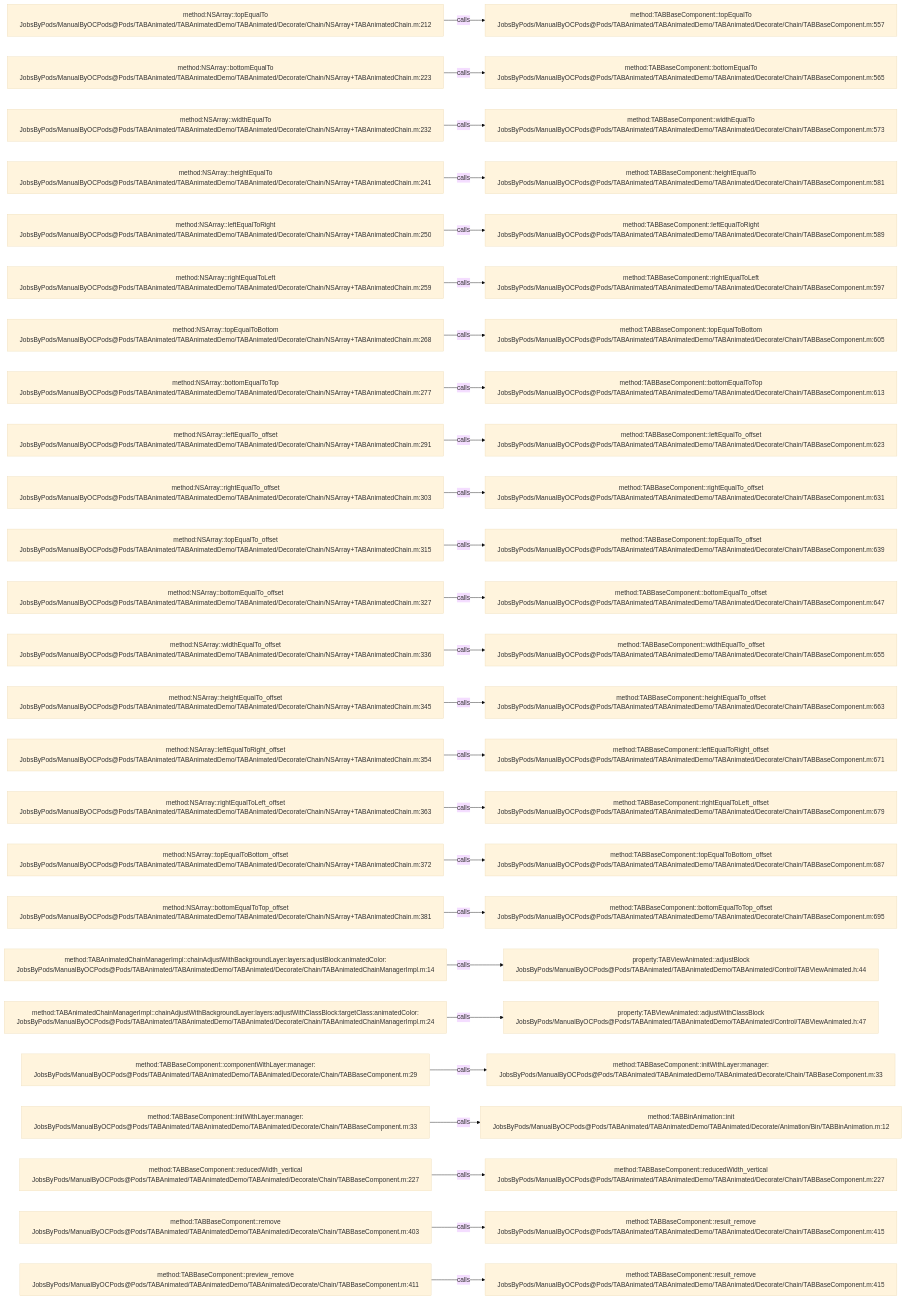
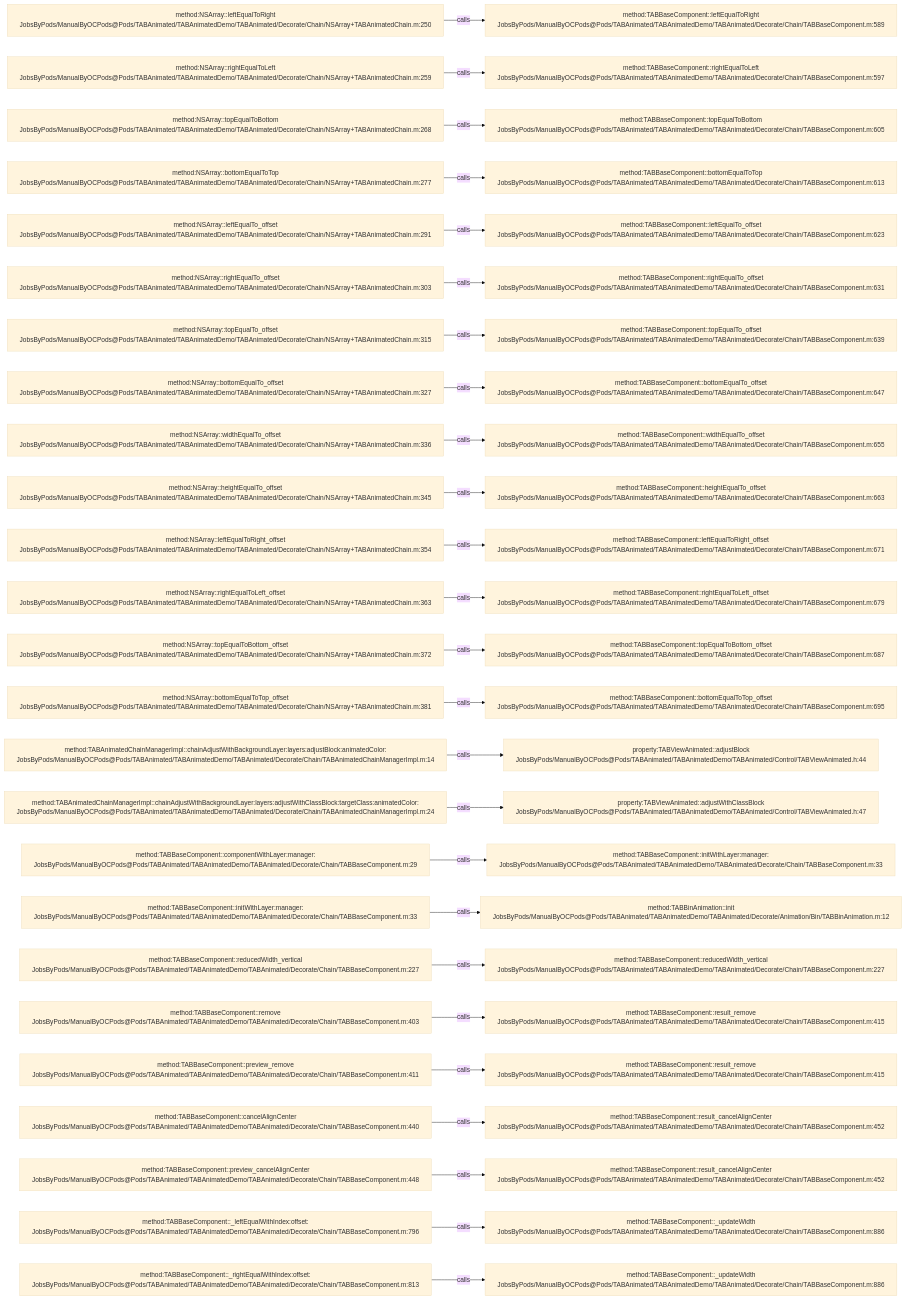
One commit to JobsKits/JobsOCBaseConfigDemo changed the diagram in .codegraph/codegraph.md/graphs/calls-029.md. Above: the diagram before and after it, drawn with Mermaid (base theme). The commit also changed 727 other files, not shown here.

````diff
--- a/.codegraph/codegraph.md/graphs/calls-029.md
+++ b/.codegraph/codegraph.md/graphs/calls-029.md
@@ -13,78 +13,78 @@
 ```mermaid
 flowchart LR
-  S1["method:NSArray::topEqualTo<br/>JobsByPods/ManualByOCPods@Pods/TABAnimated/TABAnimatedDemo/TABAnimated/Decorate/Chain/NSArray+TABAnimatedChain.m:212"]
-  T1["method:TABBaseComponent::topEqualTo<br/>JobsByPods/ManualByOCPods@Pods/TABAnimated/TABAnimatedDemo/TABAnimated/Decorate/Chain/TABBaseComponent.m:557"]
+  S1["method:NSArray::leftEqualToRight<br/>JobsByPods/ManualByOCPods@Pods/TABAnimated/TABAnimatedDemo/TABAnimated/Decorate/Chain/NSArray+TABAnimatedChain.m:250"]
+  T1["method:TABBaseComponent::leftEqualToRight<br/>JobsByPods/ManualByOCPods@Pods/TABAnimated/TABAnimatedDemo/TABAnimated/Decorate/Chain/TABBaseComponent.m:589"]
   S1 -->|calls| T1
-  S2["method:NSArray::bottomEqualTo<br/>JobsByPods/ManualByOCPods@Pods/TABAnimated/TABAnimatedDemo/TABAnimated/Decorate/Chain/NSArray+TABAnimatedChain.m:223"]
-  T2["method:TABBaseComponent::bottomEqualTo<br/>JobsByPods/ManualByOCPods@Pods/TABAnimated/TABAnimatedDemo/TABAnimated/Decorate/Chain/TABBaseComponent.m:565"]
+  S2["method:NSArray::rightEqualToLeft<br/>JobsByPods/ManualByOCPods@Pods/TABAnimated/TABAnimatedDemo/TABAnimated/Decorate/Chain/NSArray+TABAnimatedChain.m:259"]
+  T2["method:TABBaseComponent::rightEqualToLeft<br/>JobsByPods/ManualByOCPods@Pods/TABAnimated/TABAnimatedDemo/TABAnimated/Decorate/Chain/TABBaseComponent.m:597"]
   S2 -->|calls| T2
-  S3["method:NSArray::widthEqualTo<br/>JobsByPods/ManualByOCPods@Pods/TABAnimated/TABAnimatedDemo/TABAnimated/Decorate/Chain/NSArray+TABAnimatedChain.m:232"]
-  T3["method:TABBaseComponent::widthEqualTo<br/>JobsByPods/ManualByOCPods@Pods/TABAnimated/TABAnimatedDemo/TABAnimated/Decorate/Chain/TABBaseComponent.m:573"]
+  S3["method:NSArray::topEqualToBottom<br/>JobsByPods/ManualByOCPods@Pods/TABAnimated/TABAnimatedDemo/TABAnimated/Decorate/Chain/NSArray+TABAnimatedChain.m:268"]
+  T3["method:TABBaseComponent::topEqualToBottom<br/>JobsByPods/ManualByOCPods@Pods/TABAnimated/TABAnimatedDemo/TABAnimated/Decorate/Chain/TABBaseComponent.m:605"]
   S3 -->|calls| T3
-  S4["method:NSArray::heightEqualTo<br/>JobsByPods/ManualByOCPods@Pods/TABAnimated/TABAnimatedDemo/TABAnimated/Decorate/Chain/NSArray+TABAnimatedChain.m:241"]
-  T4["method:TABBaseComponent::heightEqualTo<br/>JobsByPods/ManualByOCPods@Pods/TABAnimated/TABAnimatedDemo/TABAnimated/Decorate/Chain/TABBaseComponent.m:581"]
+  S4["method:NSArray::bottomEqualToTop<br/>JobsByPods/ManualByOCPods@Pods/TABAnimated/TABAnimatedDemo/TABAnimated/Decorate/Chain/NSArray+TABAnimatedChain.m:277"]
+  T4["method:TABBaseComponent::bottomEqualToTop<br/>JobsByPods/ManualByOCPods@Pods/TABAnimated/TABAnimatedDemo/TABAnimated/Decorate/Chain/TABBaseComponent.m:613"]
   S4 -->|calls| T4
-  S5["method:NSArray::leftEqualToRight<br/>JobsByPods/ManualByOCPods@Pods/TABAnimated/TABAnimatedDemo/TABAnimated/Decorate/Chain/NSArray+TABAnimatedChain.m:250"]
-  T5["method:TABBaseComponent::leftEqualToRight<br/>JobsByPods/ManualByOCPods@Pods/TABAnimated/TABAnimatedDemo/TABAnimated/Decorate/Chain/TABBaseComponent.m:589"]
+  S5["method:NSArray::leftEqualTo_offset<br/>JobsByPods/ManualByOCPods@Pods/TABAnimated/TABAnimatedDemo/TABAnimated/Decorate/Chain/NSArray+TABAnimatedChain.m:291"]
+  T5["method:TABBaseComponent::leftEqualTo_offset<br/>JobsByPods/ManualByOCPods@Pods/TABAnimated/TABAnimatedDemo/TABAnimated/Decorate/Chain/TABBaseComponent.m:623"]
   S5 -->|calls| T5
-  S6["method:NSArray::rightEqualToLeft<br/>JobsByPods/ManualByOCPods@Pods/TABAnimated/TABAnimatedDemo/TABAnimated/Decorate/Chain/NSArray+TABAnimatedChain.m:259"]
-  T6["method:TABBaseComponent::rightEqualToLeft<br/>JobsByPods/ManualByOCPods@Pods/TABAnimated/TABAnimatedDemo/TABAnimated/Decorate/Chain/TABBaseComponent.m:597"]
+  S6["method:NSArray::rightEqualTo_offset<br/>JobsByPods/ManualByOCPods@Pods/TABAnimated/TABAnimatedDemo/TABAnimated/Decorate/Chain/NSArray+TABAnimatedChain.m:303"]
+  T6["method:TABBaseComponent::rightEqualTo_offset<br/>JobsByPods/ManualByOCPods@Pods/TABAnimated/TABAnimatedDemo/TABAnimated/Decorate/Chain/TABBaseComponent.m:631"]
   S6 -->|calls| T6
-  S7["method:NSArray::topEqualToBottom<br/>JobsByPods/ManualByOCPods@Pods/TABAnimated/TABAnimatedDemo/TABAnimated/Decorate/Chain/NSArray+TABAnimatedChain.m:268"]
-  T7["method:TABBaseComponent::topEqualToBottom<br/>JobsByPods/ManualByOCPods@Pods/TABAnimated/TABAnimatedDemo/TABAnimated/Decorate/Chain/TABBaseComponent.m:605"]
+  S7["method:NSArray::topEqualTo_offset<br/>JobsByPods/ManualByOCPods@Pods/TABAnimated/TABAnimatedDemo/TABAnimated/Decorate/Chain/NSArray+TABAnimatedChain.m:315"]
+  T7["method:TABBaseComponent::topEqualTo_offset<br/>JobsByPods/ManualByOCPods@Pods/TABAnimated/TABAnimatedDemo/TABAnimated/Decorate/Chain/TABBaseComponent.m:639"]
   S7 -->|calls| T7
-  S8["method:NSArray::bottomEqualToTop<br/>JobsByPods/ManualByOCPods@Pods/TABAnimated/TABAnimatedDemo/TABAnimated/Decorate/Chain/NSArray+TABAnimatedChain.m:277"]
-  T8["method:TABBaseComponent::bottomEqualToTop<br/>JobsByPods/ManualByOCPods@Pods/TABAnimated/TABAnimatedDemo/TABAnimated/Decorate/Chain/TABBaseComponent.m:613"]
+  S8["method:NSArray::bottomEqualTo_offset<br/>JobsByPods/ManualByOCPods@Pods/TABAnimated/TABAnimatedDemo/TABAnimated/Decorate/Chain/NSArray+TABAnimatedChain.m:327"]
+  T8["method:TABBaseComponent::bottomEqualTo_offset<br/>JobsByPods/ManualByOCPods@Pods/TABAnimated/TABAnimatedDemo/TABAnimated/Decorate/Chain/TABBaseComponent.m:647"]
   S8 -->|calls| T8
-  S9["method:NSArray::leftEqualTo_offset<br/>JobsByPods/ManualByOCPods@Pods/TABAnimated/TABAnimatedDemo/TABAnimated/Decorate/Chain/NSArray+TABAnimatedChain.m:291"]
-  T9["method:TABBaseComponent::leftEqualTo_offset<br/>JobsByPods/ManualByOCPods@Pods/TABAnimated/TABAnimatedDemo/TABAnimated/Decorate/Chain/TABBaseComponent.m:623"]
+  S9["method:NSArray::widthEqualTo_offset<br/>JobsByPods/ManualByOCPods@Pods/TABAnimated/TABAnimatedDemo/TABAnimated/Decorate/Chain/NSArray+TABAnimatedChain.m:336"]
+  T9["method:TABBaseComponent::widthEqualTo_offset<br/>JobsByPods/ManualByOCPods@Pods/TABAnimated/TABAnimatedDemo/TABAnimated/Decorate/Chain/TABBaseComponent.m:655"]
   S9 -->|calls| T9
-  S10["method:NSArray::rightEqualTo_offset<br/>JobsByPods/ManualByOCPods@Pods/TABAnimated/TABAnimatedDemo/TABAnimated/Decorate/Chain/NSArray+TABAnimatedChain.m:303"]
-  T10["method:TABBaseComponent::rightEqualTo_offset<br/>JobsByPods/ManualByOCPods@Pods/TABAnimated/TABAnimatedDemo/TABAnimated/Decorate/Chain/TABBaseComponent.m:631"]
+  S10["method:NSArray::heightEqualTo_offset<br/>JobsByPods/ManualByOCPods@Pods/TABAnimated/TABAnimatedDemo/TABAnimated/Decorate/Chain/NSArray+TABAnimatedChain.m:345"]
+  T10["method:TABBaseComponent::heightEqualTo_offset<br/>JobsByPods/ManualByOCPods@Pods/TABAnimated/TABAnimatedDemo/TABAnimated/Decorate/Chain/TABBaseComponent.m:663"]
   S10 -->|calls| T10
-  S11["method:NSArray::topEqualTo_offset<br/>JobsByPods/ManualByOCPods@Pods/TABAnimated/TABAnimatedDemo/TABAnimated/Decorate/Chain/NSArray+TABAnimatedChain.m:315"]
-  T11["method:TABBaseComponent::topEqualTo_offset<br/>JobsByPods/ManualByOCPods@Pods/TABAnimated/TABAnimatedDemo/TABAnimated/Decorate/Chain/TABBaseComponent.m:639"]
+  S11["method:NSArray::leftEqualToRight_offset<br/>JobsByPods/ManualByOCPods@Pods/TABAnimated/TABAnimatedDemo/TABAnimated/Decorate/Chain/NSArray+TABAnimatedChain.m:354"]
+  T11["method:TABBaseComponent::leftEqualToRight_offset<br/>JobsByPods/ManualByOCPods@Pods/TABAnimated/TABAnimatedDemo/TABAnimated/Decorate/Chain/TABBaseComponent.m:671"]
   S11 -->|calls| T11
-  S12["method:NSArray::bottomEqualTo_offset<br/>JobsByPods/ManualByOCPods@Pods/TABAnimated/TABAnimatedDemo/TABAnimated/Decorate/Chain/NSArray+TABAnimatedChain.m:327"]
-  T12["method:TABBaseComponent::bottomEqualTo_offset<br/>JobsByPods/ManualByOCPods@Pods/TABAnimated/TABAnimatedDemo/TABAnimated/Decorate/Chain/TABBaseComponent.m:647"]
+  S12["method:NSArray::rightEqualToLeft_offset<br/>JobsByPods/ManualByOCPods@Pods/TABAnimated/TABAnimatedDemo/TABAnimated/Decorate/Chain/NSArray+TABAnimatedChain.m:363"]
+  T12["method:TABBaseComponent::rightEqualToLeft_offset<br/>JobsByPods/ManualByOCPods@Pods/TABAnimated/TABAnimatedDemo/TABAnimated/Decorate/Chain/TABBaseComponent.m:679"]
   S12 -->|calls| T12
-  S13["method:NSArray::widthEqualTo_offset<br/>JobsByPods/ManualByOCPods@Pods/TABAnimated/TABAnimatedDemo/TABAnimated/Decorate/Chain/NSArray+TABAnimatedChain.m:336"]
-  T13["method:TABBaseComponent::widthEqualTo_offset<br/>JobsByPods/ManualByOCPods@Pods/TABAnimated/TABAnimatedDemo/TABAnimated/Decorate/Chain/TABBaseComponent.m:655"]
+  S13["method:NSArray::topEqualToBottom_offset<br/>JobsByPods/ManualByOCPods@Pods/TABAnimated/TABAnimatedDemo/TABAnimated/Decorate/Chain/NSArray+TABAnimatedChain.m:372"]
+  T13["method:TABBaseComponent::topEqualToBottom_offset<br/>JobsByPods/ManualByOCPods@Pods/TABAnimated/TABAnimatedDemo/TABAnimated/Decorate/Chain/TABBaseComponent.m:687"]
   S13 -->|calls| T13
-  S14["method:NSArray::heightEqualTo_offset<br/>JobsByPods/ManualByOCPods@Pods/TABAnimated/TABAnimatedDemo/TABAnimated/Decorate/Chain/NSArray+TABAnimatedChain.m:345"]
-  T14["method:TABBaseComponent::heightEqualTo_offset<br/>JobsByPods/ManualByOCPods@Pods/TABAnimated/TABAnimatedDemo/TABAnimated/Decorate/Chain/TABBaseComponent.m:663"]
+  S14["method:NSArray::bottomEqualToTop_offset<br/>JobsByPods/ManualByOCPods@Pods/TABAnimated/TABAnimatedDemo/TABAnimated/Decorate/Chain/NSArray+TABAnimatedChain.m:381"]
+  T14["method:TABBaseComponent::bottomEqualToTop_offset<br/>JobsByPods/ManualByOCPods@Pods/TABAnimated/TABAnimatedDemo/TABAnimated/Decorate/Chain/TABBaseComponent.m:695"]
   S14 -->|calls| T14
-  S15["method:NSArray::leftEqualToRight_offset<br/>JobsByPods/ManualByOCPods@Pods/TABAnimated/TABAnimatedDemo/TABAnimated/Decorate/Chain/NSArray+TABAnimatedChain.m:354"]
-  T15["method:TABBaseComponent::leftEqualToRight_offset<br/>JobsByPods/ManualByOCPods@Pods/TABAnimated/TABAnimatedDemo/TABAnimated/Decorate/Chain/TABBaseComponent.m:671"]
+  S15["method:TABAnimatedChainManagerImpl::chainAdjustWithBackgroundLayer:layers:adjustBlock:animatedColor:<br/>JobsByPods/ManualByOCPods@Pods/TABAnimated/TABAnimatedDemo/TABAnimated/Decorate/Chain/TABAnimatedChainManagerImpl.m:14"]
+  T15["property:TABViewAnimated::adjustBlock<br/>JobsByPods/ManualByOCPods@Pods/TABAnimated/TABAnimatedDemo/TABAnimated/Control/TABViewAnimated.h:44"]
   S15 -->|calls| T15
-  S16["method:NSArray::rightEqualToLeft_offset<br/>JobsByPods/ManualByOCPods@Pods/TABAnimated/TABAnimatedDemo/TABAnimated/Decorate/Chain/NSArray+TABAnimatedChain.m:363"]
-  T16["method:TABBaseComponent::rightEqualToLeft_offset<br/>JobsByPods/ManualByOCPods@Pods/TABAnimated/TABAnimatedDemo/TABAnimated/Decorate/Chain/TABBaseComponent.m:679"]
+  S16["method:TABAnimatedChainManagerImpl::chainAdjustWithBackgroundLayer:layers:adjustWithClassBlock:targetClass:animatedColor:<br/>JobsByPods/ManualByOCPods@Pods/TABAnimated/TABAnimatedDemo/TABAnimated/Decorate/Chain/TABAnimatedChainManagerImpl.m:24"]
+  T16["property:TABViewAnimated::adjustWithClassBlock<br/>JobsByPods/ManualByOCPods@Pods/TABAnimated/TABAnimatedDemo/TABAnimated/Control/TABViewAnimated.h:47"]
   S16 -->|calls| T16
-  S17["method:NSArray::topEqualToBottom_offset<br/>JobsByPods/ManualByOCPods@Pods/TABAnimated/TABAnimatedDemo/TABAnimated/Decorate/Chain/NSArray+TABAnimatedChain.m:372"]
-  T17["method:TABBaseComponent::topEqualToBottom_offset<br/>JobsByPods/ManualByOCPods@Pods/TABAnimated/TABAnimatedDemo/TABAnimated/Decorate/Chain/TABBaseComponent.m:687"]
+  S17["method:TABBaseComponent::componentWithLayer:manager:<br/>JobsByPods/ManualByOCPods@Pods/TABAnimated/TABAnimatedDemo/TABAnimated/Decorate/Chain/TABBaseComponent.m:29"]
+  T17["method:TABBaseComponent::initWithLayer:manager:<br/>JobsByPods/ManualByOCPods@Pods/TABAnimated/TABAnimatedDemo/TABAnimated/Decorate/Chain/TABBaseComponent.m:33"]
   S17 -->|calls| T17
-  S18["method:NSArray::bottomEqualToTop_offset<br/>JobsByPods/ManualByOCPods@Pods/TABAnimated/TABAnimatedDemo/TABAnimated/Decorate/Chain/NSArray+TABAnimatedChain.m:381"]
-  T18["method:TABBaseComponent::bottomEqualToTop_offset<br/>JobsByPods/ManualByOCPods@Pods/TABAnimated/TABAnimatedDemo/TABAnimated/Decorate/Chain/TABBaseComponent.m:695"]
+  S18["method:TABBaseComponent::initWithLayer:manager:<br/>JobsByPods/ManualByOCPods@Pods/TABAnimated/TABAnimatedDemo/TABAnimated/Decorate/Chain/TABBaseComponent.m:33"]
+  T18["method:TABBinAnimation::init<br/>JobsByPods/ManualByOCPods@Pods/TABAnimated/TABAnimatedDemo/TABAnimated/Decorate/Animation/Bin/TABBinAnimation.m:12"]
   S18 -->|calls| T18
-  S19["method:TABAnimatedChainManagerImpl::chainAdjustWithBackgroundLayer:layers:adjustBlock:animatedColor:<br/>JobsByPods/ManualByOCPods@Pods/TABAnimated/TABAnimatedDemo/TABAnimated/Decorate/Chain/TABAnimatedChainManagerImpl.m:14"]
-  T19["property:TABViewAnimated::adjustBlock<br/>JobsByPods/ManualByOCPods@Pods/TABAnimated/TABAnimatedDemo/TABAnimated/Control/TABViewAnimated.h:44"]
+  S19["method:TABBaseComponent::reducedWidth_vertical<br/>JobsByPods/ManualByOCPods@Pods/TABAnimated/TABAnimatedDemo/TABAnimated/Decorate/Chain/TABBaseComponent.m:227"]
+  T19["method:TABBaseComponent::reducedWidth_vertical<br/>JobsByPods/ManualByOCPods@Pods/TABAnimated/TABAnimatedDemo/TABAnimated/Decorate/Chain/TABBaseComponent.m:227"]
   S19 -->|calls| T19
-  S20["method:TABAnimatedChainManagerImpl::chainAdjustWithBackgroundLayer:layers:adjustWithClassBlock:targetClass:animatedColor:<br/>JobsByPods/ManualByOCPods@Pods/TABAnimated/TABAnimatedDemo/TABAnimated/Decorate/Chain/TABAnimatedChainManagerImpl.m:24"]
-  T20["property:TABViewAnimated::adjustWithClassBlock<br/>JobsByPods/ManualByOCPods@Pods/TABAnimated/TABAnimatedDemo/TABAnimated/Control/TABViewAnimated.h:47"]
+  S20["method:TABBaseComponent::remove<br/>JobsByPods/ManualByOCPods@Pods/TABAnimated/TABAnimatedDemo/TABAnimated/Decorate/Chain/TABBaseComponent.m:403"]
+  T20["method:TABBaseComponent::result_remove<br/>JobsByPods/ManualByOCPods@Pods/TABAnimated/TABAnimatedDemo/TABAnimated/Decorate/Chain/TABBaseComponent.m:415"]
   S20 -->|calls| T20
-  S21["method:TABBaseComponent::componentWithLayer:manager:<br/>JobsByPods/ManualByOCPods@Pods/TABAnimated/TABAnimatedDemo/TABAnimated/Decorate/Chain/TABBaseComponent.m:29"]
-  T21["method:TABBaseComponent::initWithLayer:manager:<br/>JobsByPods/ManualByOCPods@Pods/TABAnimated/TABAnimatedDemo/TABAnimated/Decorate/Chain/TABBaseComponent.m:33"]
+  S21["method:TABBaseComponent::preview_remove<br/>JobsByPods/ManualByOCPods@Pods/TABAnimated/TABAnimatedDemo/TABAnimated/Decorate/Chain/TABBaseComponent.m:411"]
+  T21["method:TABBaseComponent::result_remove<br/>JobsByPods/ManualByOCPods@Pods/TABAnimated/TABAnimatedDemo/TABAnimated/Decorate/Chain/TABBaseComponent.m:415"]
   S21 -->|calls| T21
-  S22["method:TABBaseComponent::initWithLayer:manager:<br/>JobsByPods/ManualByOCPods@Pods/TABAnimated/TABAnimatedDemo/TABAnimated/Decorate/Chain/TABBaseComponent.m:33"]
-  T22["method:TABBinAnimation::init<br/>JobsByPods/ManualByOCPods@Pods/TABAnimated/TABAnimatedDemo/TABAnimated/Decorate/Animation/Bin/TABBinAnimation.m:12"]
+  S22["method:TABBaseComponent::cancelAlignCenter<br/>JobsByPods/ManualByOCPods@Pods/TABAnimated/TABAnimatedDemo/TABAnimated/Decorate/Chain/TABBaseComponent.m:440"]
+  T22["method:TABBaseComponent::result_cancelAlignCenter<br/>JobsByPods/ManualByOCPods@Pods/TABAnimated/TABAnimatedDemo/TABAnimated/Decorate/Chain/TABBaseComponent.m:452"]
   S22 -->|calls| T22
-  S23["method:TABBaseComponent::reducedWidth_vertical<br/>JobsByPods/ManualByOCPods@Pods/TABAnimated/TABAnimatedDemo/TABAnimated/Decorate/Chain/TABBaseComponent.m:227"]
-  T23["method:TABBaseComponent::reducedWidth_vertical<br/>JobsByPods/ManualByOCPods@Pods/TABAnimated/TABAnimatedDemo/TABAnimated/Decorate/Chain/TABBaseComponent.m:227"]
+  S23["method:TABBaseComponent::preview_cancelAlignCenter<br/>JobsByPods/ManualByOCPods@Pods/TABAnimated/TABAnimatedDemo/TABAnimated/Decorate/Chain/TABBaseComponent.m:448"]
+  T23["method:TABBaseComponent::result_cancelAlignCenter<br/>JobsByPods/ManualByOCPods@Pods/TABAnimated/TABAnimatedDemo/TABAnimated/Decorate/Chain/TABBaseComponent.m:452"]
   S23 -->|calls| T23
-  S24["method:TABBaseComponent::remove<br/>JobsByPods/ManualByOCPods@Pods/TABAnimated/TABAnimatedDemo/TABAnimated/Decorate/Chain/TABBaseComponent.m:403"]
-  T24["method:TABBaseComponent::result_remove<br/>JobsByPods/ManualByOCPods@Pods/TABAnimated/TABAnimatedDemo/TABAnimated/Decorate/Chain/TABBaseComponent.m:415"]
+  S24["method:TABBaseComponent::_leftEqualWithIndex:offset:<br/>JobsByPods/ManualByOCPods@Pods/TABAnimated/TABAnimatedDemo/TABAnimated/Decorate/Chain/TABBaseComponent.m:796"]
+  T24["method:TABBaseComponent::_updateWidth<br/>JobsByPods/ManualByOCPods@Pods/TABAnimated/TABAnimatedDemo/TABAnimated/Decorate/Chain/TABBaseComponent.m:886"]
   S24 -->|calls| T24
-  S25["method:TABBaseComponent::preview_remove<br/>JobsByPods/ManualByOCPods@Pods/TABAnimated/TABAnimatedDemo/TABAnimated/Decorate/Chain/TABBaseComponent.m:411"]
-  T25["method:TABBaseComponent::result_remove<br/>JobsByPods/ManualByOCPods@Pods/TABAnimated/TABAnimatedDemo/TABAnimated/Decorate/Chain/TABBaseComponent.m:415"]
+  S25["method:TABBaseComponent::_rightEqualWithIndex:offset:<br/>JobsByPods/ManualByOCPods@Pods/TABAnimated/TABAnimatedDemo/TABAnimated/Decorate/Chain/TABBaseComponent.m:813"]
+  T25["method:TABBaseComponent::_updateWidth<br/>JobsByPods/ManualByOCPods@Pods/TABAnimated/TABAnimatedDemo/TABAnimated/Decorate/Chain/TABBaseComponent.m:886"]
   S25 -->|calls| T25
 ```
````
